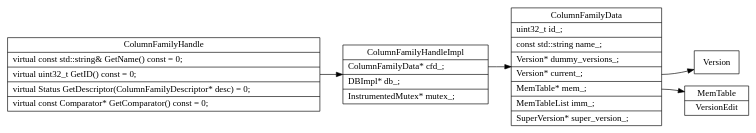
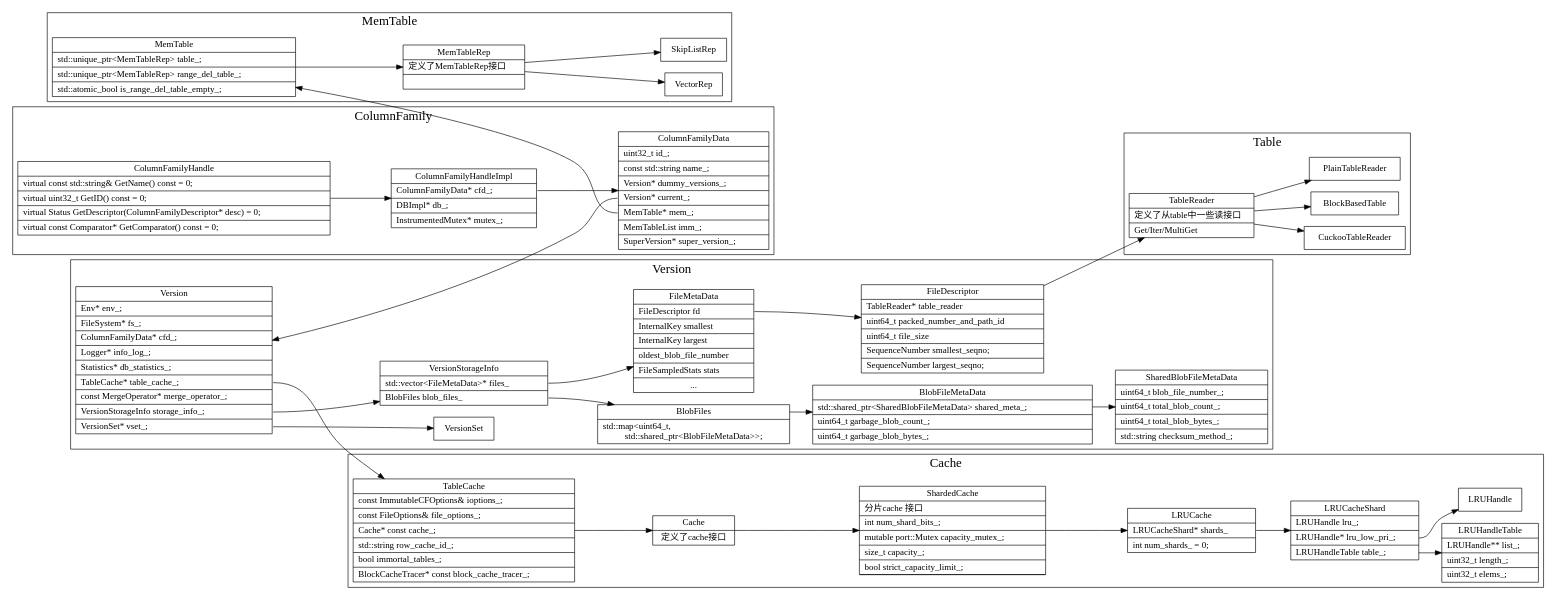
One commit to xieyu/blog changed the diagram in src/rocksdb/column_family.dot. Above: the diagram before and after it, drawn with Graphviz. The commit also changed 1 other file, not shown here.

```diff
--- a/src/rocksdb/column_family.dot
+++ b/src/rocksdb/column_family.dot
@@ -2,50 +2,232 @@
   node[shape=box;];
   newrank=true;
   rankdir=LR;
-  ColumnFamilyHandle[
-    shape="record";
-    label="{{
-      ColumnFamilyHandle|
-        virtual const std::string& GetName() const = 0;\l|
-        virtual uint32_t GetID() const = 0;\l|
-        virtual Status GetDescriptor(ColumnFamilyDescriptor* desc) = 0;\l|
-        virtual const Comparator* GetComparator() const = 0;\l
-    }}";
-  ];
-  ColumnFamilyHandle -> ColumnFamilyHandleImpl;
-  ColumnFamilyHandleImpl[
-    shape="record";
-    label="{{
-      ColumnFamilyHandleImpl|
-      <ColumnFamilyData> ColumnFamilyData* cfd_;\l|
-      DBImpl* db_;\l|
-      InstrumentedMutex* mutex_;\l
-    }}";
-  ];
+  edge[weight=5];
+//  splines = ortho;
 
-  ColumnFamilyHandleImpl:ColumnFamilyData -> ColumnFamilyData;
 
-  ColumnFamilyData[
-    shape="record";
-    label="{{
-      ColumnFamilyData|
-        uint32_t id_;\l|
-        const std::string name_;\l|
-        Version* dummy_versions_;\l|
-        <Version> Version* current_;\l|
-        <MemTable> MemTable* mem_;\l|
-        MemTableList imm_;\l|
-        SuperVersion* super_version_;\l
-    }}";
-  ];
-  ColumnFamilyData:MemTable -> MemTable;
-  ColumnFamilyData:Version -> Version;
+  subgraph cluster_MemTable {
+    graph[label="MemTable";fontsize=20;];
+    MemTable[
+      shape="record";
+      label="{{
+        MemTable|
+          std::unique_ptr\<MemTableRep\> table_;\l|
+          std::unique_ptr\<MemTableRep\> range_del_table_;\l|
+          std::atomic_bool is_range_del_table_empty_;\l
+      }}";
+    ];
+    MemTable -> MemTableRep;
+    MemTableRep[shape="record";
+      label="{{
+        MemTableRep|
+        定义了MemTableRep接口\l|
+      }}";
+    ];
+    MemTableRep -> {
+      VectorRep;
+      SkipListRep;
+    }
+  }
 
-  MemTable[
-    shape="record";
-    label="{{
-      MemTable|
-      VersionEdit
-    }}";
-  ];
+  subgraph cluster_Cache {
+    graph[label="Cache";fontsize=20;];
+    TableCache[shape="record";
+      label="{{
+        TableCache|
+          const ImmutableCFOptions& ioptions_;\l|
+          const FileOptions& file_options_;\l|
+          <Cache> Cache* const cache_;\l|
+          std::string row_cache_id_;\l|
+          bool immortal_tables_;\l|
+          BlockCacheTracer* const block_cache_tracer_;\l
+      }}";
+    ];
+    TableCache -> Cache;
+    Cache[shape="record";
+      label="{{
+        Cache|
+        定义了cache接口
+      }}";
+    ];
+
+    Cache -> ShardedCache;
+
+    ShardedCache[shape="record";
+      label="{{
+        ShardedCache|
+        分片cache 接口\l|
+        int num_shard_bits_;\l|
+        mutable port::Mutex capacity_mutex_;\l|
+        size_t capacity_;\l|
+        bool strict_capacity_limit_;\l|
+        std::atomic<uint64_t> last_id_;\l
+      }}";
+    ];
+    ShardedCache -> LRUCache;
+    LRUCache[shape="record";
+      label="{{
+        LRUCache|
+          <LRUCacheShard> LRUCacheShard* shards_\l|
+        int num_shards_ = 0;\l
+      }}";
+    ];
+    LRUCache:LRUCacheShard -> LRUCacheShard;
+    LRUCacheShard[shape="record";
+      label="{{
+        LRUCacheShard|
+          LRUHandle lru_;\l|
+          <LRUHandle> LRUHandle* lru_low_pri_;\l|
+          <LRUHandleTable> LRUHandleTable table_;\l
+      }}";
+    ];
+    LRUCacheShard:LRUHandleTable -> LRUHandleTable;
+    LRUCacheShard:LRUHandle -> LRUHandle;
+    LRUHandleTable[shape="record";
+      label="{{
+        LRUHandleTable|
+          LRUHandle** list_;\l|
+          uint32_t length_;\l|
+          uint32_t elems_;\l
+      }}";
+    ];
+  }
+
+  subgraph cluster_Table {
+    graph[label="Table";fontsize=20;];
+    TableReader[shape="record";
+      label="{{
+       TableReader|
+       定义了从table中一些读接口\l|
+       Get/Iter/MultiGet\l
+     }}"];
+    TableReader -> {
+      BlockBasedTable;
+      PlainTableReader;
+      CuckooTableReader
+    };
+  }
+
+  subgraph cluster_Version {
+    graph[label="Version";fontsize=20;];
+    Version[shape="record";
+      label="{{
+        Version|
+          Env* env_;\l|
+          FileSystem* fs_;\l|
+          ColumnFamilyData* cfd_;\l|
+          Logger* info_log_;\l|
+          Statistics* db_statistics_;\l|
+          <TableCache> TableCache* table_cache_;\l|
+          const MergeOperator* merge_operator_;\l|
+          <VesionStorageInfo> VersionStorageInfo storage_info_;\l|
+          <VersionSet> VersionSet* vset_;\l
+      }}";
+    ];
+    Version:TableCache -> TableCache;
+    Version:VersionSet -> VersionSet;
+    Version:VesionStorageInfo -> VersionStorageInfo;
+    
+    VersionStorageInfo[shape="record";
+      label="{{
+        VersionStorageInfo|
+        <FileMetaData> std::vector\<FileMetaData\>* files_\l|
+        <BlobFiles> BlobFiles blob_files_\l
+      }}";
+    ];
+    VersionStorageInfo:FileMetaData -> FileMetaData;
+    VersionStorageInfo:BlobFiles -> BlobFiles;
+
+    FileMetaData[shape="record";
+      label="{{
+        FileMetaData|
+          <FileDescriptor> FileDescriptor fd\l|
+          InternalKey smallest\l|
+          InternalKey largest\l|
+          oldest_blob_file_number\l|
+          FileSampledStats stats\l|
+          ...
+      }}";
+    ];
+    FileMetaData:FileDescriptor -> FileDescriptor;
+    FileDescriptor[shape="record";
+      label="{{
+        FileDescriptor|
+        <TableReader> TableReader* table_reader\l|
+        uint64_t packed_number_and_path_id\l|
+        uint64_t file_size\l|
+        SequenceNumber smallest_seqno;\l|
+        SequenceNumber largest_seqno;\l
+      }}";
+    ];
+    FileDescriptor -> TableReader;
+    BlobFiles[shape="record";
+      label="{{
+        <BlobFileMetaData> BlobFiles|
+          std::map\<uint64_t,\l 
+          std::shared_ptr\<BlobFileMetaData\>\>;
+      }}";
+    ];
+    BlobFiles:BlobFileMetaData -> BlobFileMetaData;
+    BlobFileMetaData[shape="record";
+      label="{{
+        BlobFileMetaData|
+          <SharedBlobFileMetaData> std::shared_ptr\<SharedBlobFileMetaData\> shared_meta_;\l|
+          uint64_t garbage_blob_count_;\l|
+          uint64_t garbage_blob_bytes_;\l
+      }}";
+    ];
+    BlobFileMetaData:SharedBlobFileMetaData -> SharedBlobFileMetaData;
+    SharedBlobFileMetaData[shape="record";
+      label="{{
+        SharedBlobFileMetaData|
+        uint64_t blob_file_number_;\l|
+        uint64_t total_blob_count_;\l|
+        uint64_t total_blob_bytes_;\l|
+        std::string checksum_method_;\l
+      }}";
+    ];
+  }
+  subgraph cluster_ColumnFamily {
+    graph[label="ColumnFamily";fontsize=20;];
+    ColumnFamilyHandle[
+      shape="record";
+      label="{{
+        ColumnFamilyHandle|
+          virtual const std::string& GetName() const = 0;\l|
+          virtual uint32_t GetID() const = 0;\l|
+          virtual Status GetDescriptor(ColumnFamilyDescriptor* desc) = 0;\l|
+          virtual const Comparator* GetComparator() const = 0;\l
+      }}";
+    ];
+    ColumnFamilyHandle -> ColumnFamilyHandleImpl;
+    ColumnFamilyHandleImpl[
+      shape="record";
+      label="{{
+        ColumnFamilyHandleImpl|
+        <ColumnFamilyData> ColumnFamilyData* cfd_;\l|
+        DBImpl* db_;\l|
+        InstrumentedMutex* mutex_;\l
+      }}";
+    ];
+
+    ColumnFamilyHandleImpl:ColumnFamilyData -> ColumnFamilyData;
+
+    ColumnFamilyData[
+      shape="record";
+      label="{{
+        ColumnFamilyData|
+          uint32_t id_;\l|
+          const std::string name_;\l|
+          Version* dummy_versions_;\l|
+          <Version> Version* current_;\l|
+          <MemTable> MemTable* mem_;\l|
+          MemTableList imm_;\l|
+          SuperVersion* super_version_;\l
+      }}";
+    ];
+    ColumnFamilyData:MemTable -> MemTable;
+    ColumnFamilyData:Version -> Version;
+  }
+  {rank=same;MemTable;ColumnFamilyHandle;Version;}
 }
```
